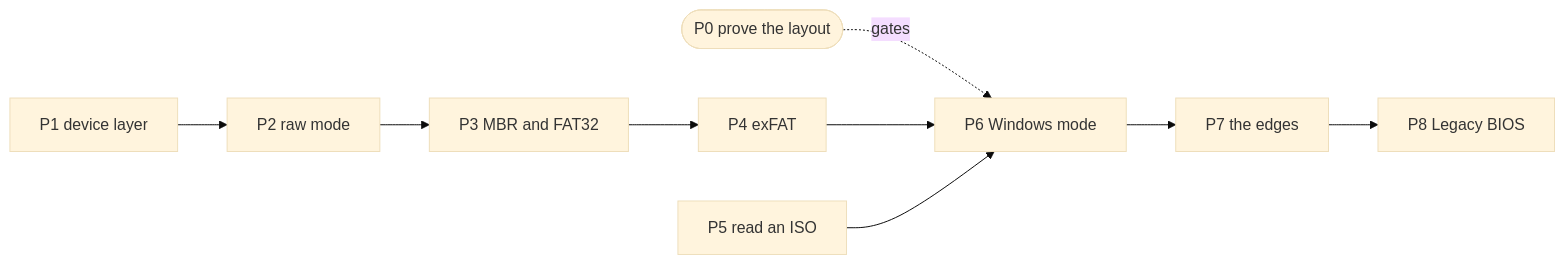
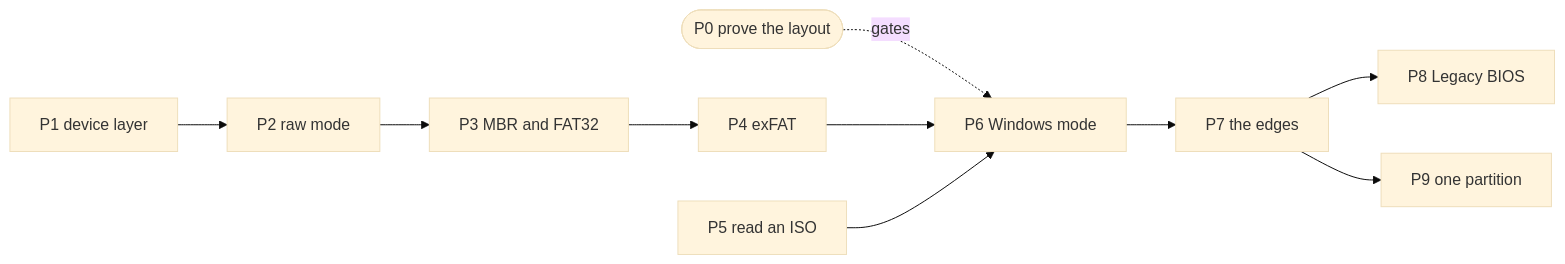
Before and after one commit to Stiven-Gjekaj/burnout: the diagram in docs/roadmap.md, drawn with Mermaid (base theme). The commit also changed other lines of this file, not shown here.

Commit message:
docs: add P9, the write to one partition, to the roadmap

````diff
--- a/docs/roadmap.md
+++ b/docs/roadmap.md
@@ -42,11 +42,12 @@
 ```mermaid
 flowchart LR
     P0([P0 prove the layout]) -.gates.-> P6
     P1[P1 device layer] --> P2[P2 raw mode]
     P2 --> P3[P3 MBR and FAT32]
     P3 --> P4[P4 exFAT]
     P4 --> P6[P6 Windows mode]
     P5[P5 read an ISO] --> P6
     P6 --> P7[P7 the edges]
     P7 --> P8[P8 Legacy BIOS]
+    P7 --> P9[P9 one partition]
 ```
````
